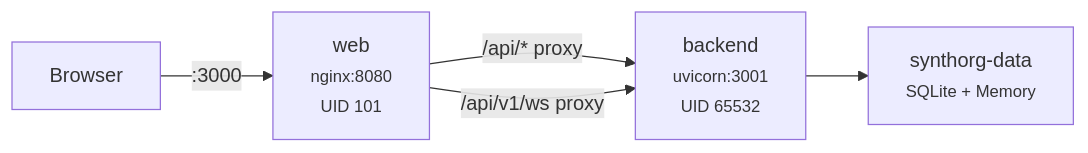
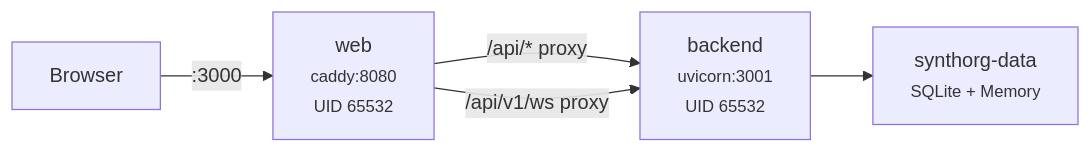
One commit to ricotemmink/farm changed the diagram in docs/guides/deployment.md. Above: the diagram before and after it, drawn with Mermaid. The commit also changed other lines of this file and 36 other files, not shown here.

First line of the commit message:
feat: migrate container supply chain to Wolfi/apko and replace nginx with Caddy (#1285)

````diff
--- a/docs/guides/deployment.md
+++ b/docs/guides/deployment.md
@@ -14,12 +14,12 @@
 ```mermaid
 graph LR
     User["Browser"]
-    Web["web<br/><small>nginx:8080</small><br/><small>UID 101</small>"]
+    Web["web<br/><small>caddy:8080</small><br/><small>UID 65532</small>"]
     Backend["backend<br/><small>uvicorn:3001</small><br/><small>UID 65532</small>"]
     Volume["synthorg-data<br/><small>SQLite + Memory</small>"]
 
     User -->|":3000"| Web
     Web -->|"/api/* proxy"| Backend
     Web -->|"/api/v1/ws proxy"| Backend
     Backend --> Volume
 ```
````
